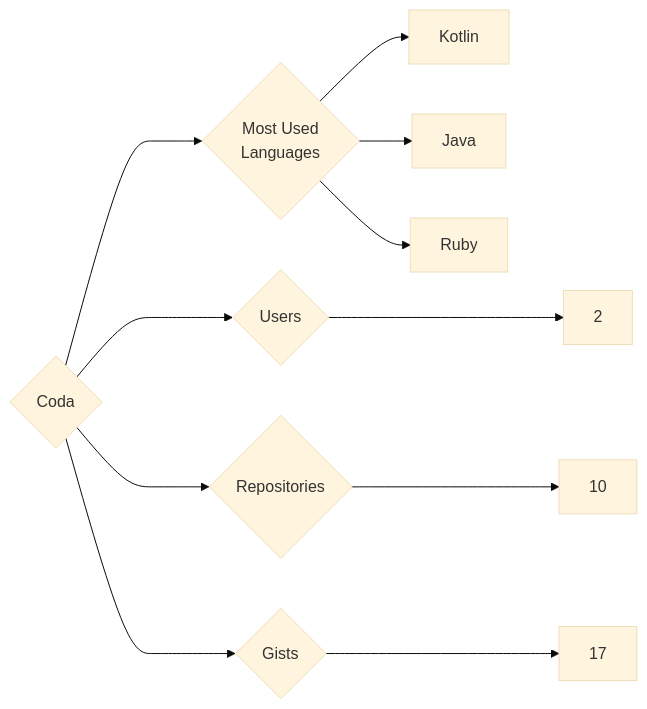
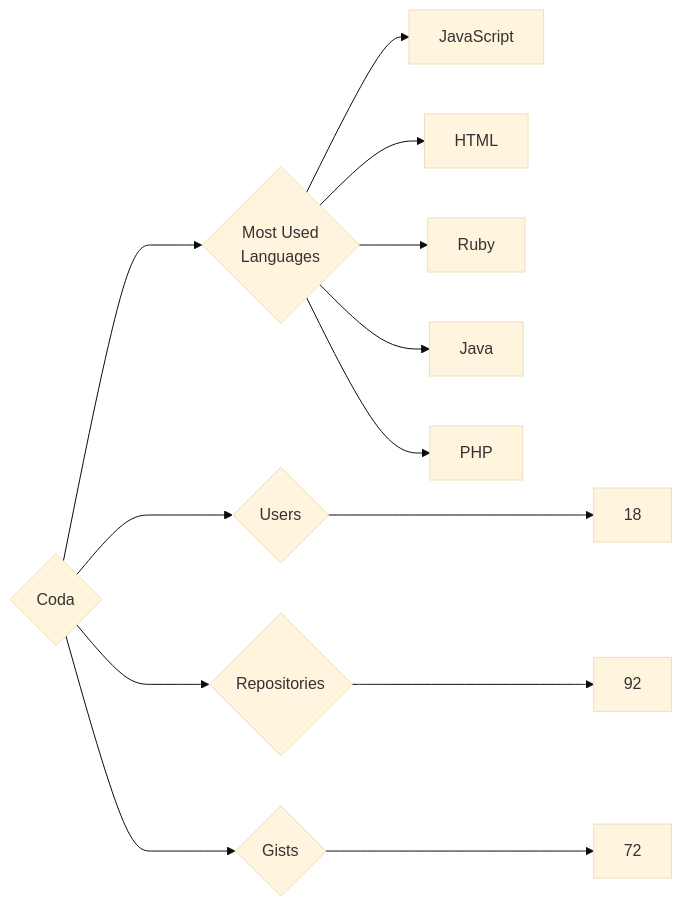
Before and after one commit to trickest/insiders: the diagram in targets/Coda/README.md, drawn with Mermaid (base theme). The commit also changed 953 other files, not shown here.

````diff
--- a/targets/Coda/README.md
+++ b/targets/Coda/README.md
@@ -3,11 +3,13 @@
 ```mermaid
 graph LR
 COMPANY_NAME{Coda}
-COMPANY_NAME ---> U{Users} ---> UN[2]
-COMPANY_NAME ---> R{Repositories} ---> RN[10]
-COMPANY_NAME ---> G{Gists} ---> GN[17]
+COMPANY_NAME ---> U{Users} ---> UN[18]
+COMPANY_NAME ---> R{Repositories} ---> RN[92]
+COMPANY_NAME ---> G{Gists} ---> GN[72]
 COMPANY_NAME ---> ML{Most Used<br>Languages}
-ML --> Kotlin[Kotlin]
+ML --> JavaScript[JavaScript]
+ML --> HTML[HTML]
+ML --> Ruby[Ruby]
 ML --> Java[Java]
-ML --> Ruby[Ruby]
+ML --> PHP[PHP]
 ```
````
